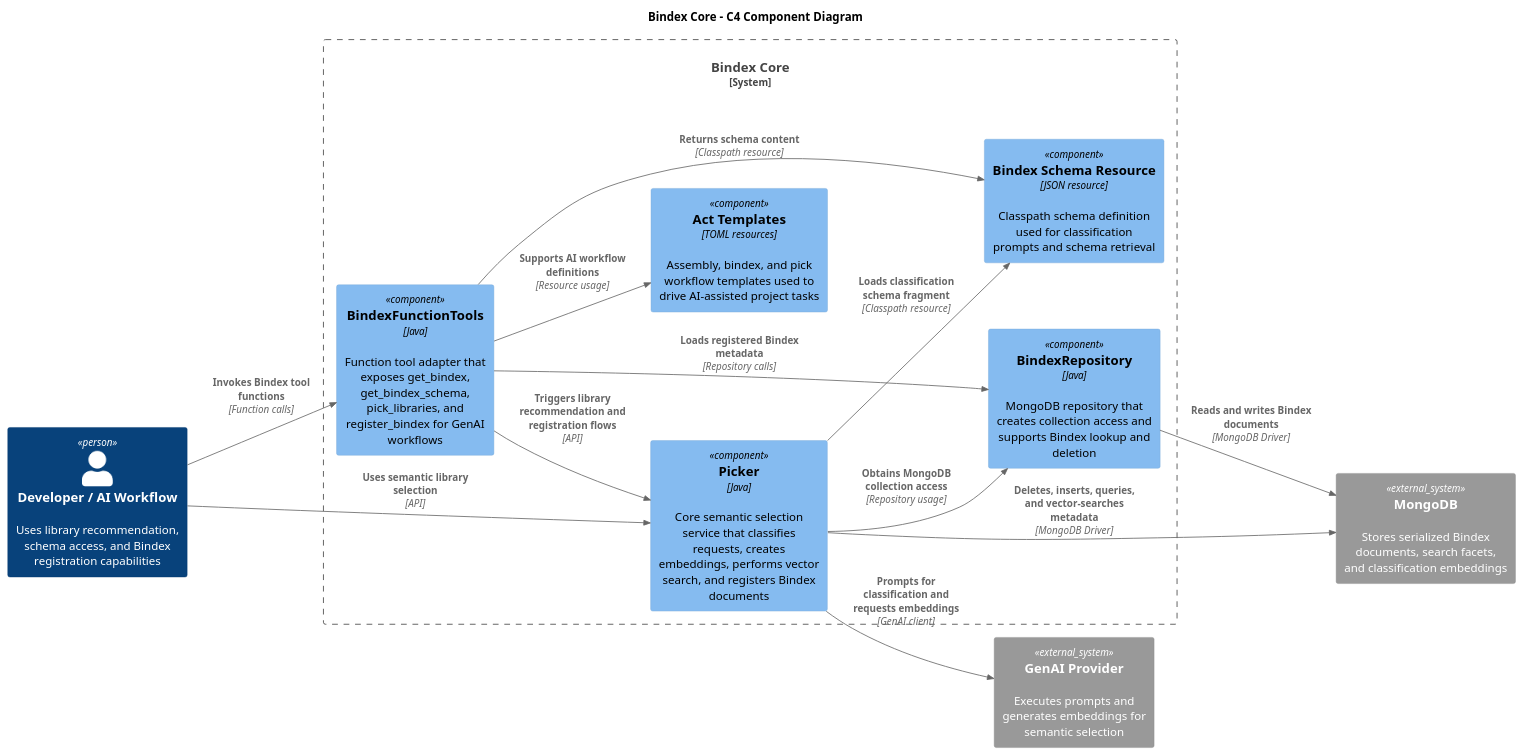
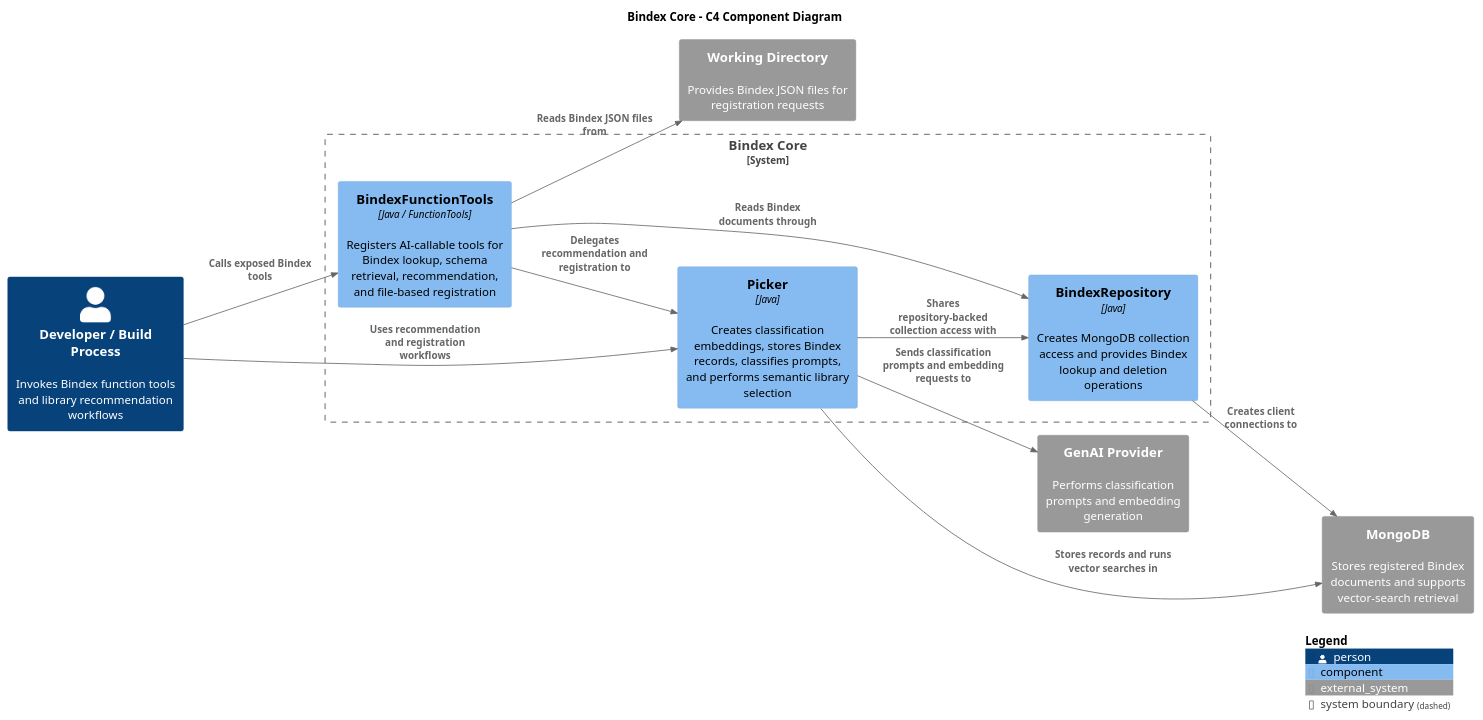
One commit to machanism-org/machai changed the diagram in bindex-core/src/site/puml/c4-diagram.puml. Above: the diagram before and after it, drawn with PlantUML. The commit also changed other lines of this file and 8 other files, not shown here.

Commit message:
moved CLASSIFICATION_INSTRUCTION to act file as a property, updated docs, updated tests.

```diff
--- a/bindex-core/src/site/puml/c4-diagram.puml
+++ b/bindex-core/src/site/puml/c4-diagram.puml
@@ -10,32 +10,33 @@
 @startuml
 !includeurl https://raw.githubusercontent.com/plantuml-stdlib/C4-PlantUML/master/C4_Component.puml
 
 LAYOUT_LEFT_RIGHT()
 
 title Bindex Core - C4 Component Diagram
 
-Person(dev, "Developer / AI Workflow", "Uses library recommendation, schema access, and Bindex registration capabilities")
-System_Ext(mongo, "MongoDB", "Stores serialized Bindex documents, search facets, and classification embeddings")
-System_Ext(genai, "GenAI Provider", "Executes prompts and generates embeddings for semantic selection")
+Person(user, "Developer / Build Process", "Invokes Bindex function tools and library recommendation workflows")
+System_Ext(fileSystem, "Working Directory", "Provides Bindex JSON files for registration requests")
+System_Ext(genaiProvider, "GenAI Provider", "Performs classification prompts and embedding generation")
+System_Ext(mongodb, "MongoDB", "Stores registered Bindex documents and supports vector-search retrieval")
 
-System_Boundary(bindex_core, "Bindex Core") {
-  Component(picker, "Picker", "Java", "Core semantic selection service that classifies requests, creates embeddings, performs vector search, and registers Bindex documents")
-  Component(repository, "BindexRepository", "Java", "MongoDB repository that creates collection access and supports Bindex lookup and deletion")
-  Component(functionTools, "BindexFunctionTools", "Java", "Function tool adapter that exposes get_bindex, get_bindex_schema, pick_libraries, and register_bindex for GenAI workflows")
-  Component(actsResources, "Act Templates", "TOML resources", "Assembly, bindex, and pick workflow templates used to drive AI-assisted project tasks")
-  Component(schemaResource, "Bindex Schema Resource", "JSON resource", "Classpath schema definition used for classification prompts and schema retrieval")
+System_Boundary(bindexCore, "Bindex Core") {
+  Component(bindexFunctionTools, "BindexFunctionTools", "Java / FunctionTools", "Registers AI-callable tools for Bindex lookup, schema retrieval, recommendation, and file-based registration")
+  Component(picker, "Picker", "Java", "Creates classification embeddings, stores Bindex records, classifies prompts, and performs semantic library selection")
+  Component(repository, "BindexRepository", "Java", "Creates MongoDB collection access and provides Bindex lookup and deletion operations")
 }
 
-Rel(dev, functionTools, "Invokes Bindex tool functions", "Function calls")
-Rel(dev, picker, "Uses semantic library selection", "API")
-Rel(functionTools, repository, "Loads registered Bindex metadata", "Repository calls")
-Rel(functionTools, picker, "Triggers library recommendation and registration flows", "API")
-Rel(functionTools, schemaResource, "Returns schema content", "Classpath resource")
-Rel(functionTools, actsResources, "Supports AI workflow definitions", "Resource usage")
-Rel(picker, repository, "Obtains MongoDB collection access", "Repository usage")
-Rel(repository, mongo, "Reads and writes Bindex documents", "MongoDB Driver")
-Rel(picker, mongo, "Deletes, inserts, queries, and vector-searches metadata", "MongoDB Driver")
-Rel(picker, genai, "Prompts for classification and requests embeddings", "GenAI client")
-Rel(picker, schemaResource, "Loads classification schema fragment", "Classpath resource")
+Rel(user, bindexFunctionTools, "Calls exposed Bindex tools")
+Rel(user, picker, "Uses recommendation and registration workflows")
 
+Rel(bindexFunctionTools, repository, "Reads Bindex documents through")
+Rel(bindexFunctionTools, picker, "Delegates recommendation and registration to")
+Rel(bindexFunctionTools, fileSystem, "Reads Bindex JSON files from")
+
+Rel(picker, genaiProvider, "Sends classification prompts and embedding requests to")
+Rel(picker, mongodb, "Stores records and runs vector searches in")
+Rel(picker, repository, "Shares repository-backed collection access with")
+
+Rel(repository, mongodb, "Creates client connections to")
+
+SHOW_LEGEND()
 @enduml
```
